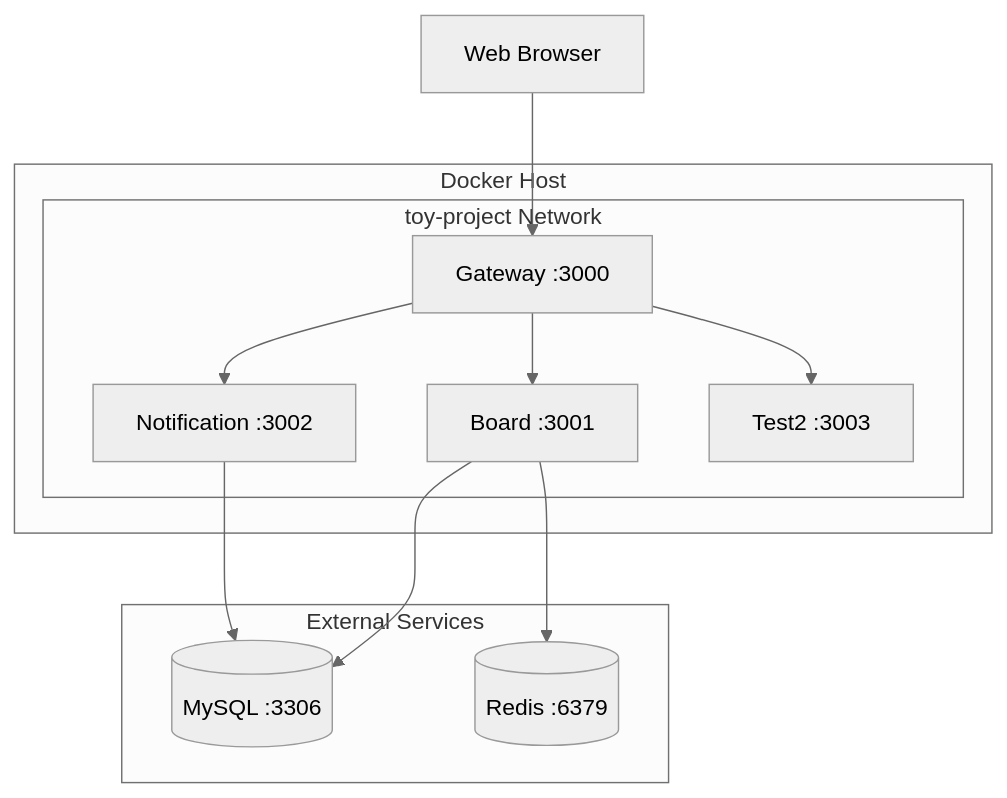
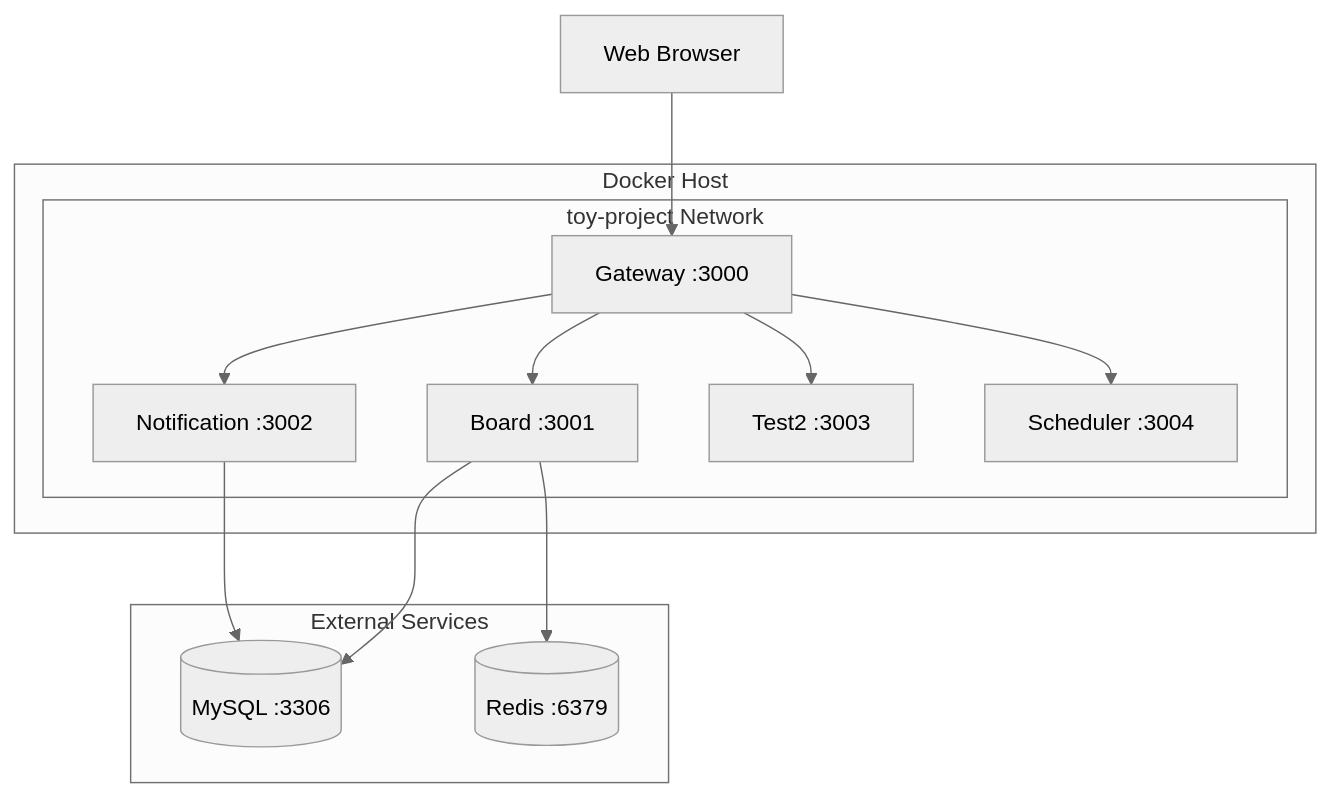
The diagram in ssot/07_Docker_Configuration.md (kimhyosung1/toy-project), drawn with Mermaid (neutral theme) before and after one commit. The commit also changed other lines of this file and 104 other files, not shown here.

````diff
--- a/ssot/07_Docker_Configuration.md
+++ b/ssot/07_Docker_Configuration.md
@@ -24,25 +25,27 @@
 ```mermaid
 graph TB
     subgraph "Docker Host"
         subgraph "toy-project Network"
             GW[Gateway :3000]
             BD[Board :3001]
             NT[Notification :3002]
             T2[Test2 :3003]
+            SC[Scheduler :3004]
         end
     end
 
     subgraph "External Services"
         DB[(MySQL :3306)]
         RD[(Redis :6379)]
     end
 
     Client[Web Browser] --> GW
     GW --> BD
     GW --> NT
     GW --> T2
+    GW --> SC
 
     BD --> DB
     BD --> RD
     NT --> DB
 ```
````
